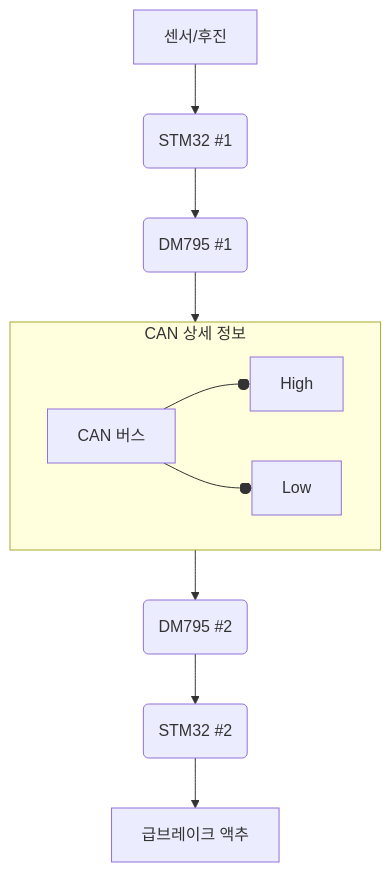
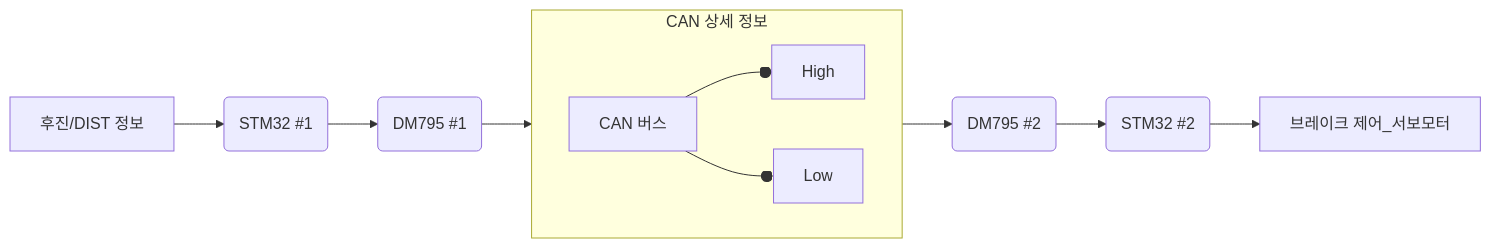
One commit to jgh05168/HukBrake changed the second of 2 diagrams in README.md. Above: the diagram before and after it, drawn with Mermaid.

Commit message:
Refactor: Readme.md

````diff
--- a/README.md
+++ b/README.md
@@ -77,16 +77,16 @@
 ```mermaid
-graph TD
-    A[센서/후진] --> B(STM32 #1);
+graph LR
+    A[후진/DIST 정보] --> B(STM32 #1);
     B --> C(DM795 #1);
     C --> D[CAN 버스];
     subgraph CAN 상세 정보
         direction LR
         D1[High]
         D2[Low]
         D --o D1
         D --o D2
     end
     D --> E(DM795 #2);
     E --> F(STM32 #2);
-    F --> G[급브레이크 액추];
+    F --> G[브레이크 제어_서보모터];
 ```
````
